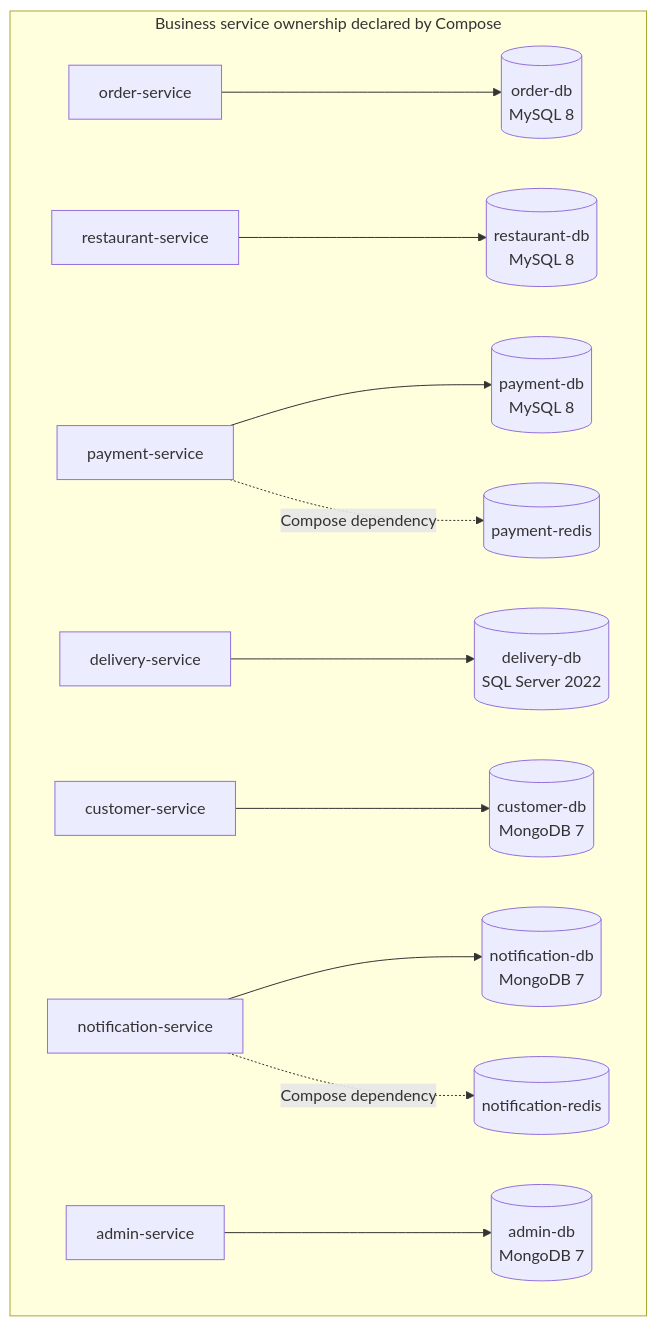
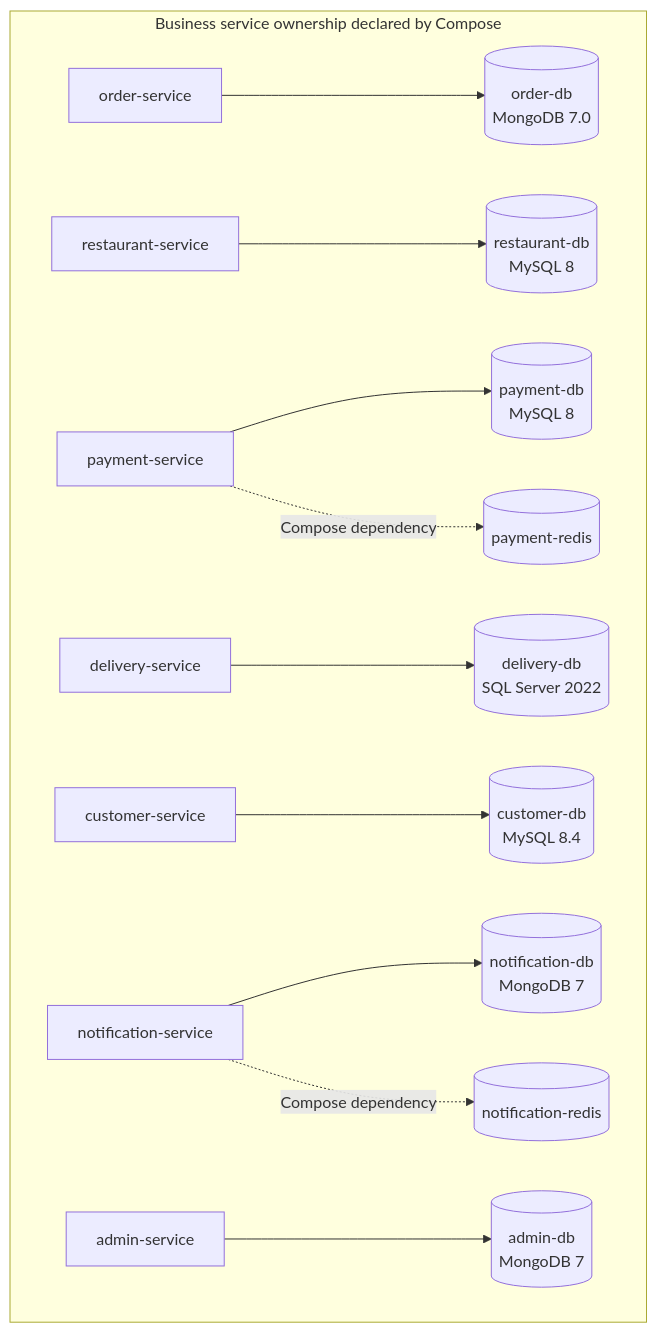
The third of 4 diagrams in Assignment-2/README.md (Kaptain-codes/Distributed-Systems-Applications), drawn with Mermaid before and after one commit. The commit also changed other lines of this file and 32 other files, not shown here.

````diff
--- a/Assignment-2/README.md
+++ b/Assignment-2/README.md
@@ -96,14 +96,14 @@
 ```mermaid
 flowchart TB
     subgraph Services[Business service ownership declared by Compose]
-        O[order-service] --> ODB[(order-db\nMySQL 8)]
+        O[order-service] --> ODB[(order-db\nMongoDB 7.0)]
         R[restaurant-service] --> RDB[(restaurant-db\nMySQL 8)]
         P[payment-service] --> PDB[(payment-db\nMySQL 8)]
         D[delivery-service] --> DDB[(delivery-db\nSQL Server 2022)]
-        C[customer-service] --> CDB[(customer-db\nMongoDB 7)]
+        C[customer-service] --> CDB[(customer-db\nMySQL 8.4)]
         N[notification-service] --> NDB[(notification-db\nMongoDB 7)]
         A[admin-service] --> ADB[(admin-db\nMongoDB 7)]
         P -. Compose dependency .-> PR[(payment-redis)]
         N -. Compose dependency .-> NR[(notification-redis)]
     end
 ```
````
